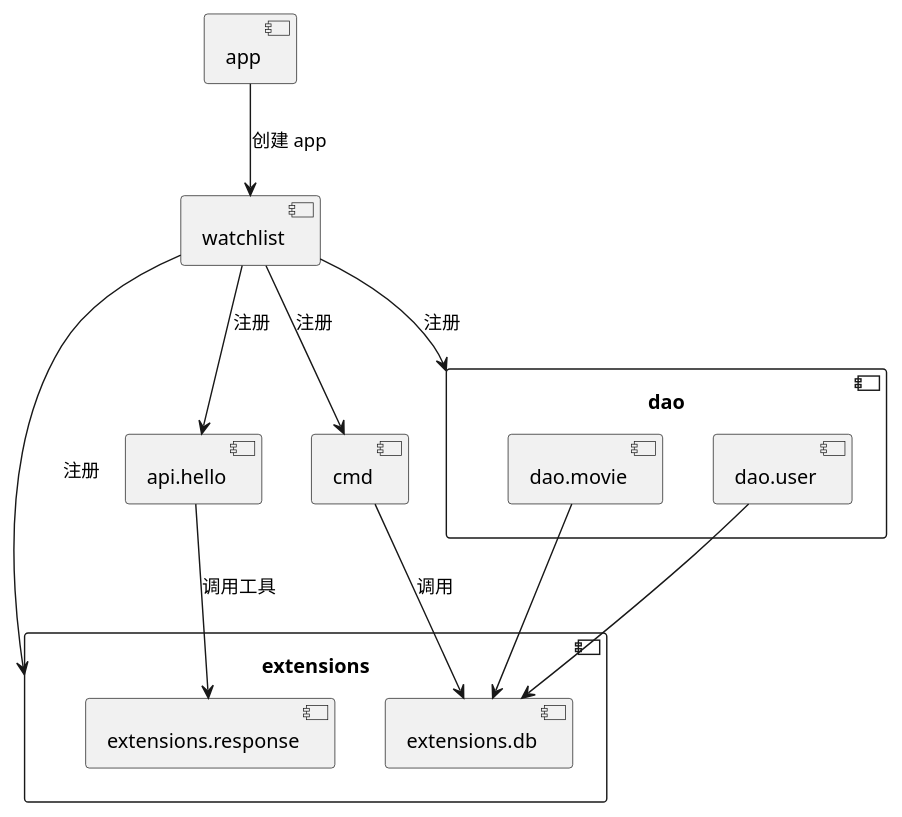
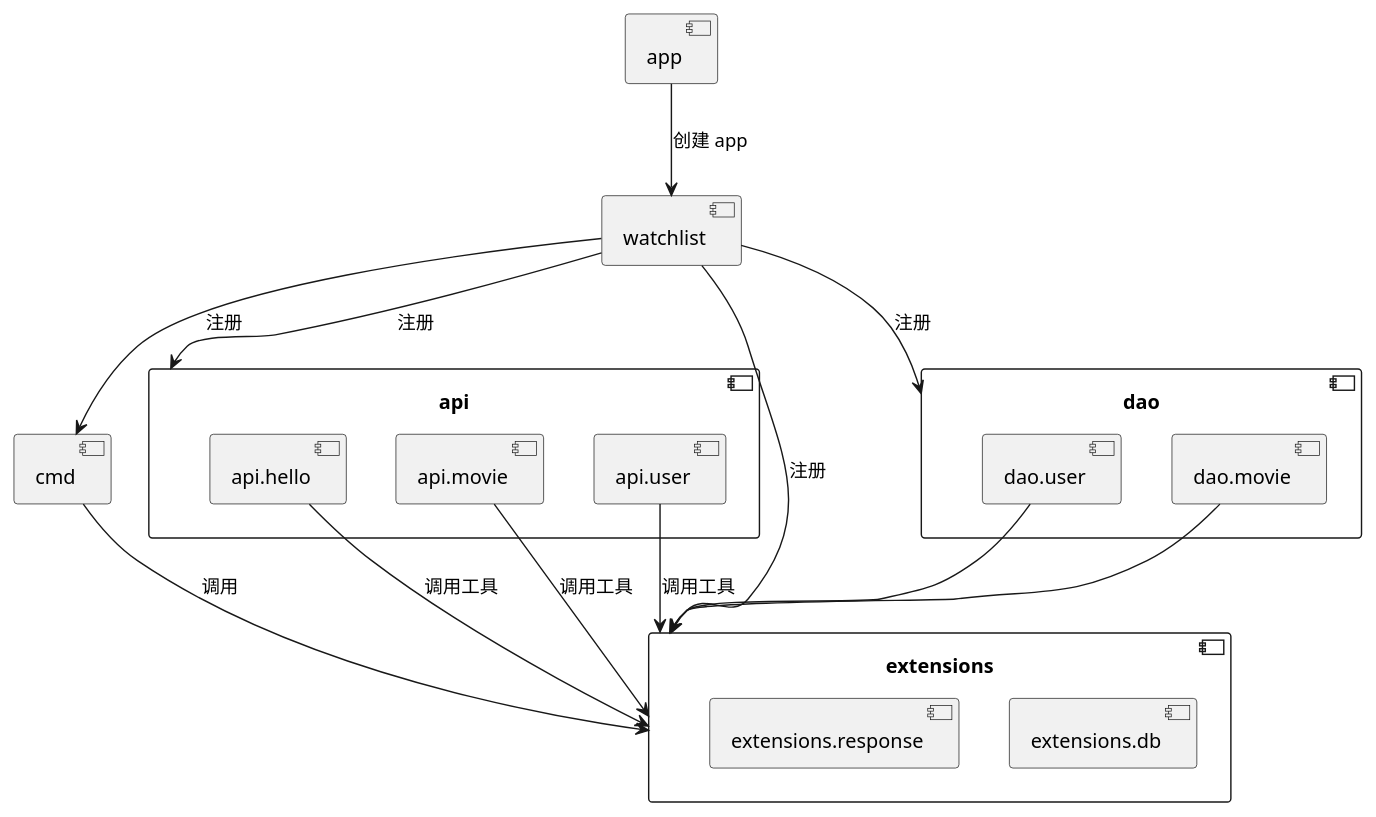
The diagram in Watchlist/back-APIFlask/组件关系图.puml (yss930819/APIFlaskAndUmiLearn), drawn with PlantUML before and after one commit. The commit also changed 5 other files, not shown here.

```diff
--- a/Watchlist/back-APIFlask/组件关系图.puml
+++ b/Watchlist/back-APIFlask/组件关系图.puml
@@ -1,35 +1,41 @@
 @startuml
 
 component app
 component watchlist
 component cmd
 
-component api.hello
+component api {
+    component api.hello
+    component api.movie
+    component api.user
+}
 
 component extensions {
     component extensions.db
     component extensions.response
 }
 
 component dao {
     component dao.user
     component dao.movie
 }
 
 app --> watchlist : 创建 app
 
 
 watchlist --> cmd : 注册
-cmd --> extensions.db : 调用
+cmd --> extensions : 调用
 
 watchlist --> extensions : 注册
 
-watchlist --> api.hello: 注册
-api.hello --> extensions.response: 调用工具
+watchlist --> api: 注册
+api.hello --> extensions: 调用工具
+api.user --> extensions: 调用工具
+api.movie --> extensions: 调用工具
 
 watchlist --> dao : 注册
-dao.user --> extensions.db
-dao.movie --> extensions.db
+dao.user --> extensions
+dao.movie --> extensions
 
 
 @enduml
```
